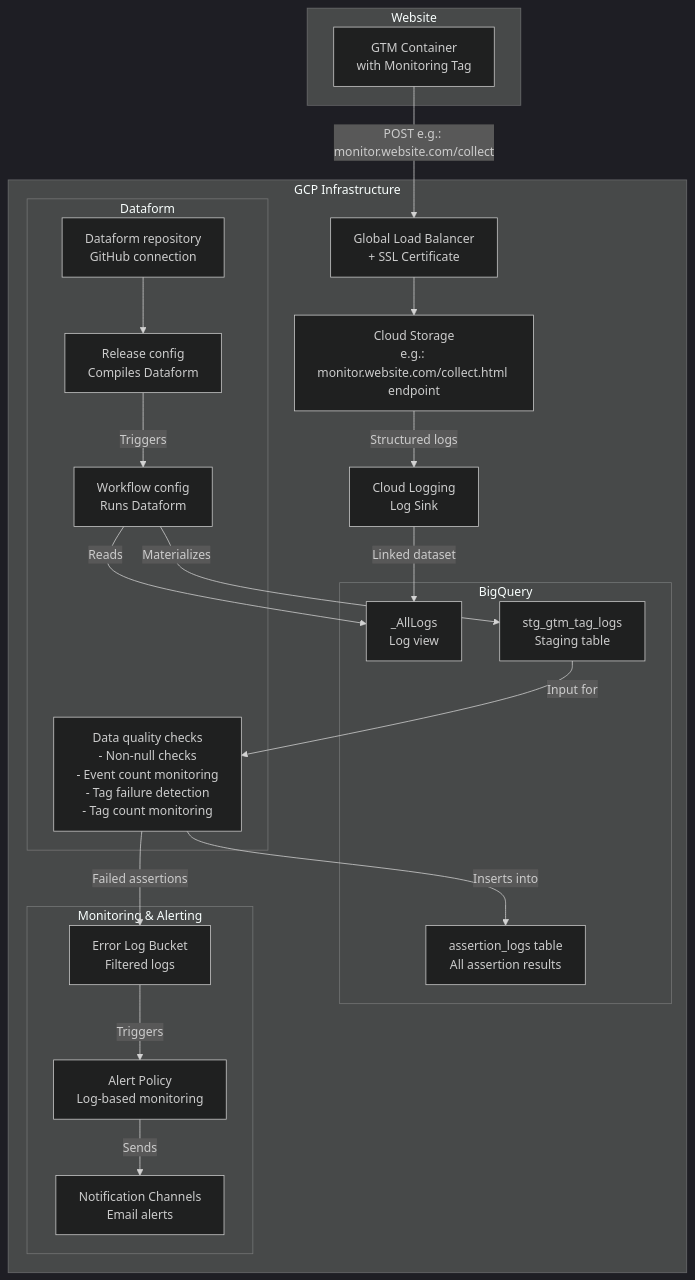
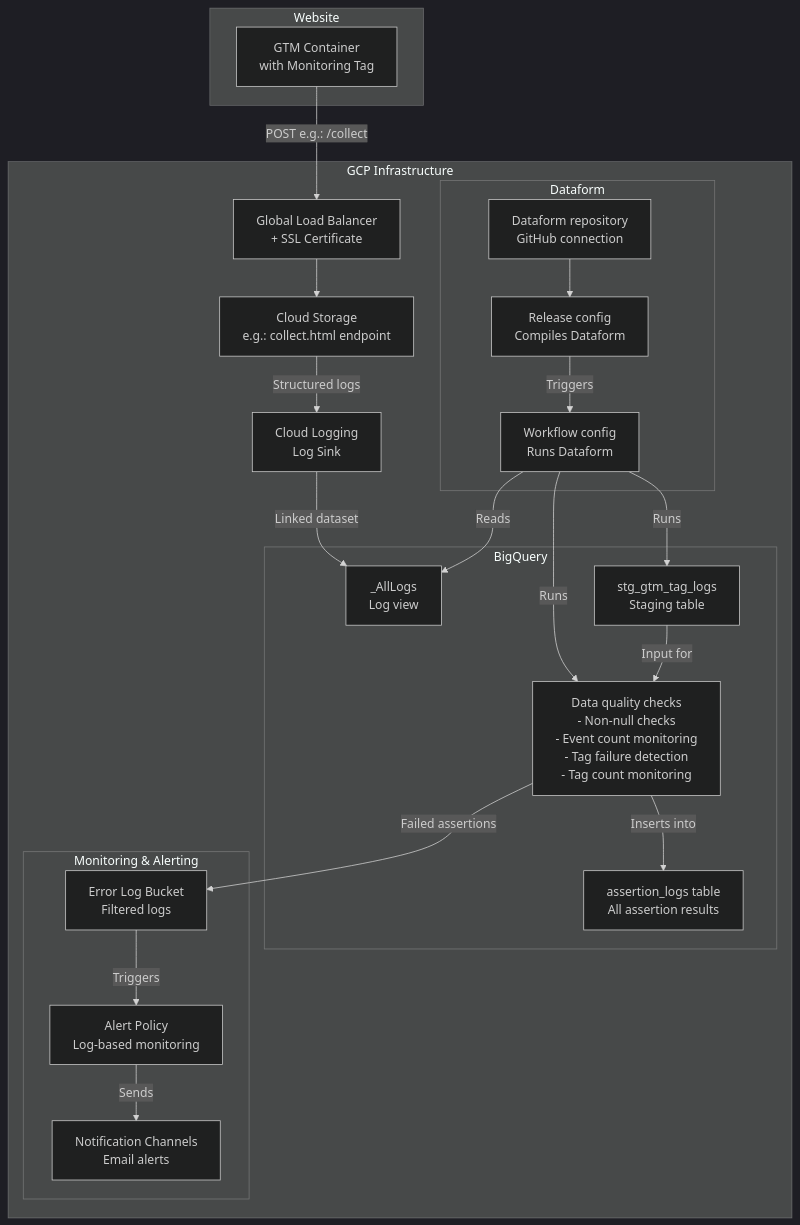
The diagram in README.md (netzstrategen/gtm-monitoring-gcp), drawn with Mermaid (dark theme) before and after one commit.

````diff
--- a/README.md
+++ b/README.md
@@ -11,47 +11,48 @@
 ```mermaid
 graph TB
     subgraph "Website"
         GTM[GTM Container<br/>with Monitoring Tag]
     end
     
     subgraph "GCP Infrastructure"
         LB[Global Load Balancer<br/>+ SSL Certificate]
-        GCS[Cloud Storage<br/>e.g.: monitor.website.com/collect.html endpoint]
+        GCS[Cloud Storage<br/>e.g.: collect.html endpoint]
         Logs[Cloud Logging<br/>Log Sink]
         
         subgraph "BigQuery"
             LogView[_AllLogs<br/>Log view]
             Staging[stg_gtm_tag_logs<br/>Staging table]
+            DF_Assert[Data quality checks<br/>- Non-null checks<br/>- Event count monitoring<br/>- Tag failure detection<br/>- Tag count monitoring]
             AssertionLogs[assertion_logs table<br/>All assertion results]
         end
         
         subgraph "Dataform"
             DF_Repo[Dataform repository<br/>GitHub connection]
             DF_Release[Release config<br/>Compiles Dataform]
             DF_Workflow[Workflow config<br/>Runs Dataform]
-            DF_Assert[Data quality checks<br/>- Non-null checks<br/>- Event count monitoring<br/>- Tag failure detection<br/>- Tag count monitoring]
         end
         
         subgraph "Monitoring & Alerting"
             ErrorBucket[Error Log Bucket<br/>Filtered logs]
             AlertPolicy[Alert Policy<br/>Log-based monitoring]
             NotifChannel[Notification Channels<br/>Email alerts]
         end
     end
     
-    GTM -->|POST e.g.: monitor.website.com/collect| LB
+    GTM -->|POST e.g.: /collect| LB
     LB --> GCS
     GCS -->|Structured logs| Logs
     Logs -->|Linked dataset| LogView
     
     DF_Repo --> DF_Release
     DF_Release -->|Triggers| DF_Workflow
     DF_Workflow -->|Reads| LogView
-    DF_Workflow -->|Materializes| Staging
+    DF_Workflow -->|Runs| Staging
+    DF_Workflow -->|Runs| DF_Assert
     Staging -->|Input for| DF_Assert
     
     DF_Assert -->|Failed assertions| ErrorBucket
     DF_Assert -->|Inserts into| AssertionLogs
     ErrorBucket -->|Triggers| AlertPolicy
     AlertPolicy -->|Sends| NotifChannel
 ```
````
